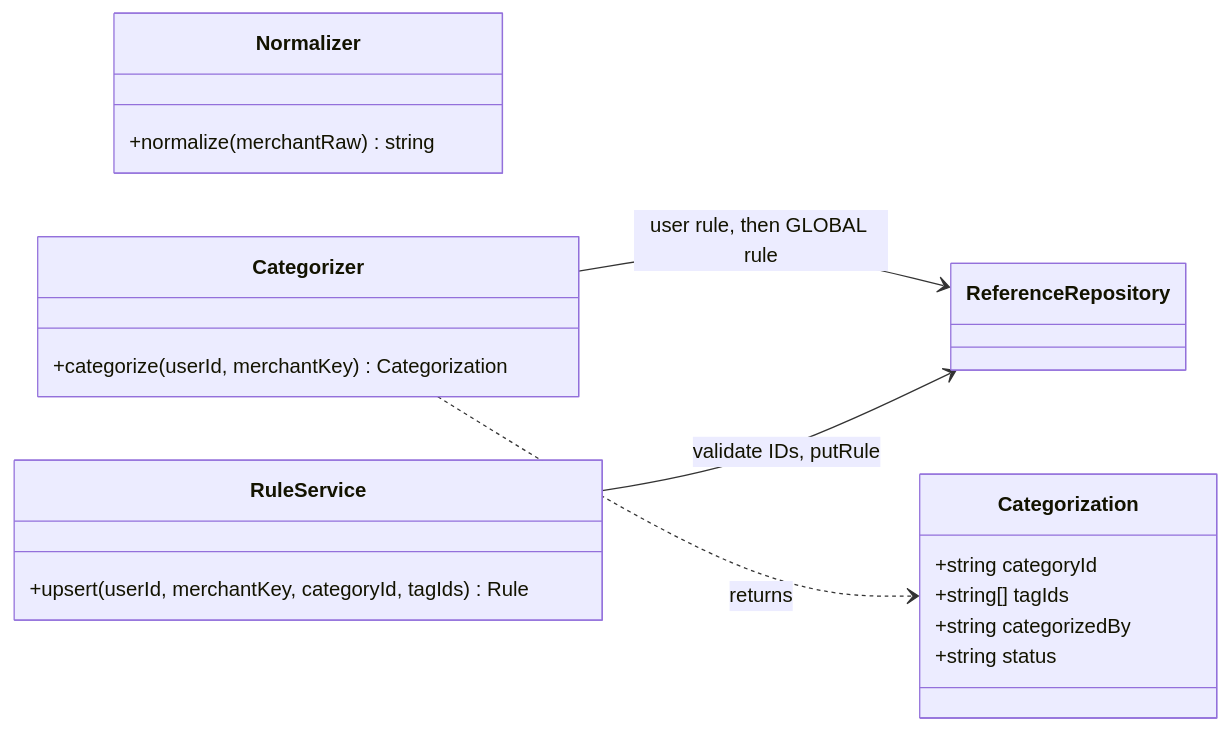
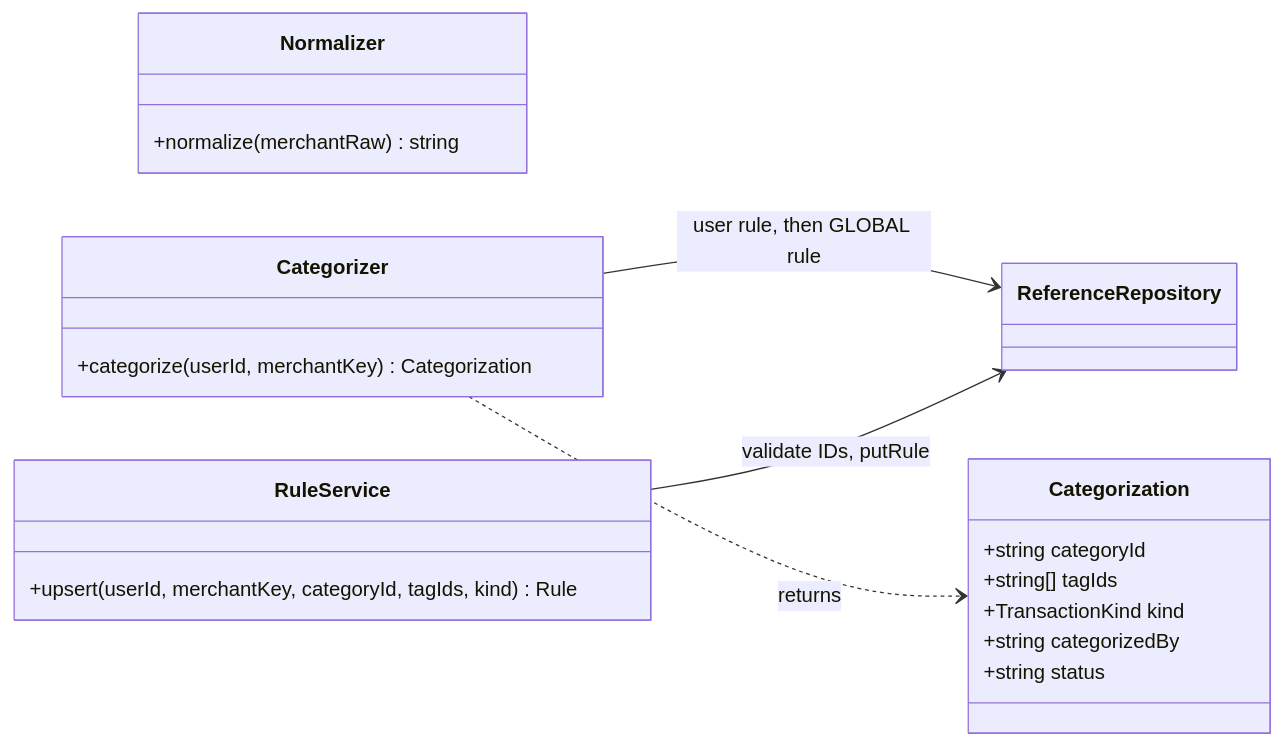
Diagram 11 of 17 in docs/diagrams/class-diagram.md (Ezequiel294/cs3365-finance-app), drawn with Mermaid before and after one commit. The commit also changed other lines of this file and 15 other files, not shown here.

Commit message:
attempt 2 diagram/architecture changes

````diff
--- a/docs/diagrams/class-diagram.md
+++ b/docs/diagrams/class-diagram.md
@@ -957,23 +1352,24 @@
 ```mermaid
 classDiagram
     direction LR
     class Normalizer {
         +normalize(merchantRaw) string
     }
     class Categorizer {
         +categorize(userId, merchantKey) Categorization
     }
     class Categorization {
         +string categoryId
         +string[] tagIds
+        +TransactionKind kind
         +string categorizedBy
         +string status
     }
     class RuleService {
-        +upsert(userId, merchantKey, categoryId, tagIds) Rule
+        +upsert(userId, merchantKey, categoryId, tagIds, kind) Rule
     }
     class ReferenceRepository
     Categorizer --> ReferenceRepository : user rule, then GLOBAL rule
     Categorizer ..> Categorization : returns
     RuleService --> ReferenceRepository : validate IDs, putRule
 ```
````
